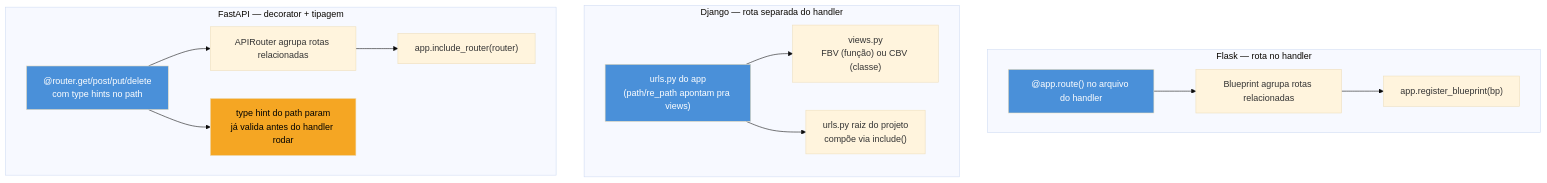
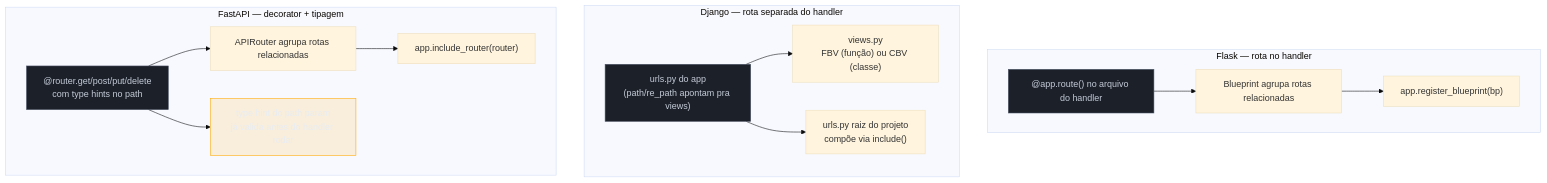
One commit to josenaldo/codex-technomanticus changed the diagram in 03-Dominios/Tecnologia/Python/Web e APIs REST/02 - Roteamento — decorators, urls.py e path operations.md. Above: the diagram before and after it, drawn with Mermaid (base theme). The commit also changed 1181 other files, not shown here.

First line of the commit message:
fix(diagramas): paleta do sistema no lugar de cor cravada no markdown

````diff
--- a/03-Dominios/Tecnologia/Python/Web e APIs REST/02 - Roteamento — decorators, urls.py e path operations.md
+++ b/03-Dominios/Tecnologia/Python/Web e APIs REST/02 - Roteamento — decorators, urls.py e path operations.md
@@ -367,23 +367,25 @@
 ```mermaid
 flowchart TB
+    classDef neutro fill:#1B2029,stroke:#4E5666,color:#C6CCD8
+    classDef destaque fill:#FFAA0024,stroke:#FFAA00,color:#E9ECF2
     subgraph Flask["Flask — rota no handler"]
         F1["@app.route() no arquivo do handler"] --> F2["Blueprint agrupa rotas relacionadas"]
         F2 --> F3["app.register_blueprint(bp)"]
     end
 
     subgraph Django["Django — rota separada do handler"]
         D1["urls.py do app<br/>(path/re_path apontam pra views)"] --> D2["views.py<br/>FBV (função) ou CBV (classe)"]
         D1 --> D3["urls.py raiz do projeto<br/>compõe via include()"]
     end
 
     subgraph FastAPI["FastAPI — decorator + tipagem"]
         A1["@router.get/post/put/delete<br/>com type hints no path"] --> A2["APIRouter agrupa rotas relacionadas"]
         A2 --> A3["app.include_router(router)"]
         A1 --> A4["type hint do path param<br/>já valida antes do handler rodar"]
     end
 
-    style F1 fill:#4A90D9,color:#fff
-    style D1 fill:#4A90D9,color:#fff
-    style A1 fill:#4A90D9,color:#fff
-    style A4 fill:#F5A623,color:#000
+    class F1 neutro
+    class D1 neutro
+    class A1 neutro
+    class A4 destaque
 ```
````
